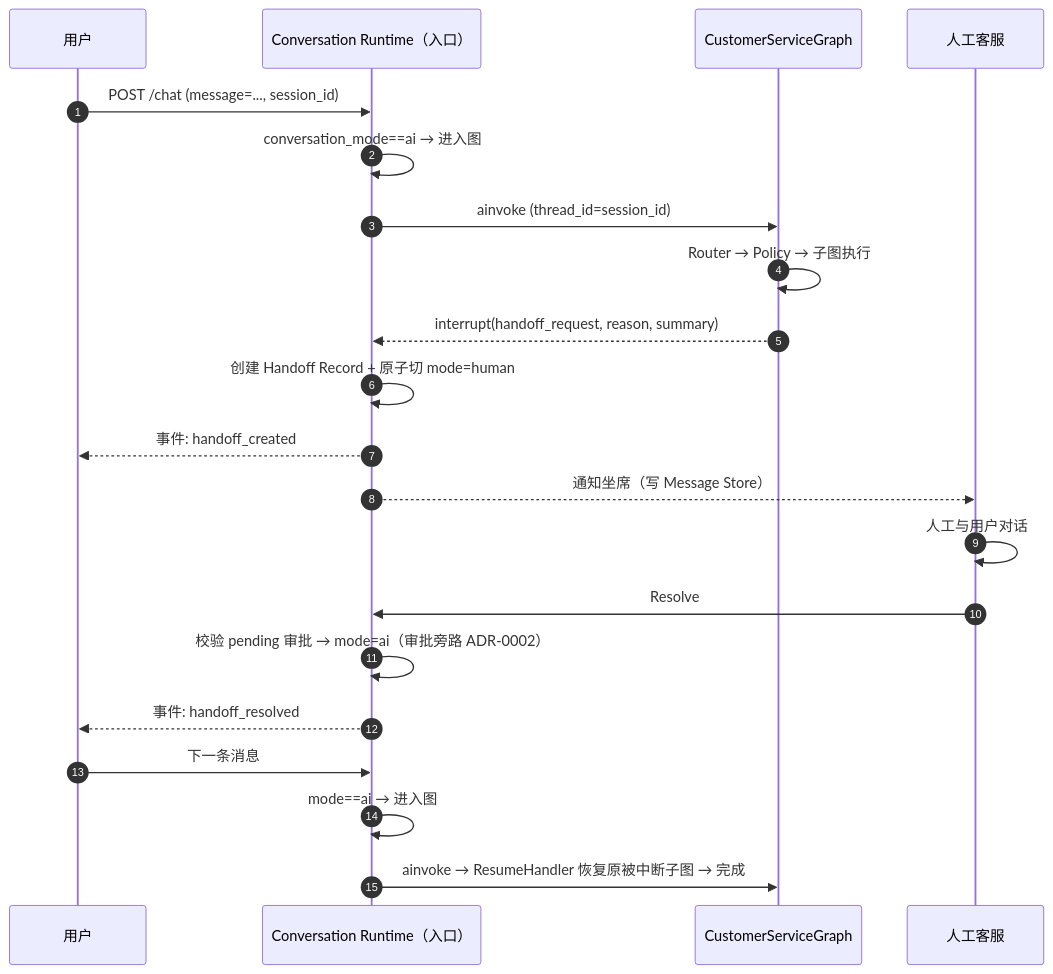
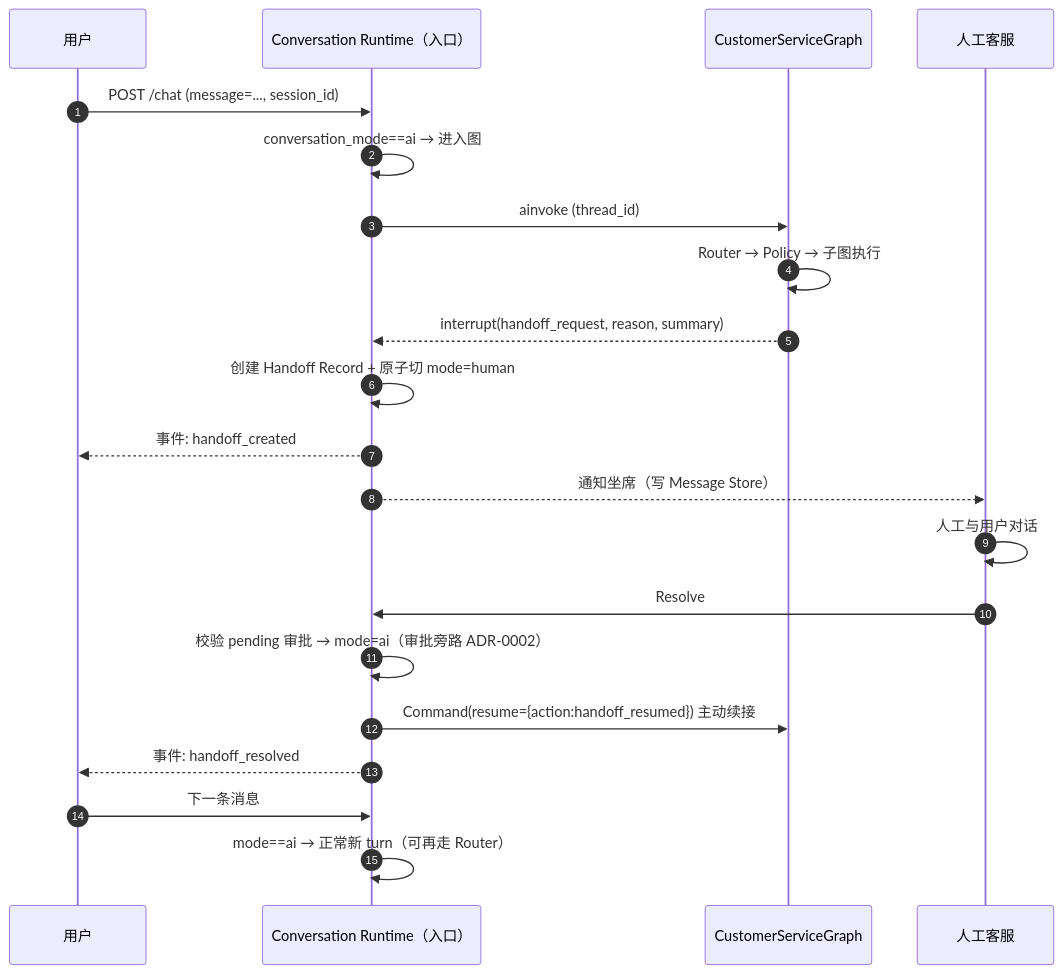
The third of 3 diagrams in AI Service Agent/docs/diagrams/interrupt-resume-sequence.md (wlyqiqi/ai-service-agent), drawn with Mermaid before and after one commit. The commit also changed other lines of this file and 12 other files, not shown here.

First line of the commit message:
docs: align Router specs and diagrams with route_intent-only contract

````diff
--- a/AI Service Agent/docs/diagrams/interrupt-resume-sequence.md
+++ b/AI Service Agent/docs/diagrams/interrupt-resume-sequence.md
@@ -68,24 +67,24 @@
 ```mermaid
 sequenceDiagram
     autonumber
     participant U as 用户
     participant C as Conversation Runtime（入口）
     participant G as CustomerServiceGraph
-    participant H as 人工客服
+    participant S as 人工客服
 
     U->>C: POST /chat (message=..., session_id)
     C->>C: conversation_mode==ai → 进入图
-    C->>G: ainvoke (thread_id=session_id)
+    C->>G: ainvoke (thread_id)
     G->>G: Router → Policy → 子图执行
     G-->>C: interrupt(handoff_request, reason, summary)
     C->>C: 创建 Handoff Record + 原子切 mode=human
     C-->>U: 事件: handoff_created
-    C-->>H: 通知坐席（写 Message Store）
-    H->>H: 人工与用户对话
-    H->>C: Resolve
+    C-->>S: 通知坐席（写 Message Store）
+    S->>S: 人工与用户对话
+    S->>C: Resolve
     C->>C: 校验 pending 审批 → mode=ai（审批旁路 ADR-0002）
+    C->>G: Command(resume={action:handoff_resumed}) 主动续接
     C-->>U: 事件: handoff_resolved
     U->>C: 下一条消息
-    C->>C: mode==ai → 进入图
-    C->>G: ainvoke → ResumeHandler 恢复原被中断子图 → 完成
+    C->>C: mode==ai → 正常新 turn（可再走 Router）
 ```
````
